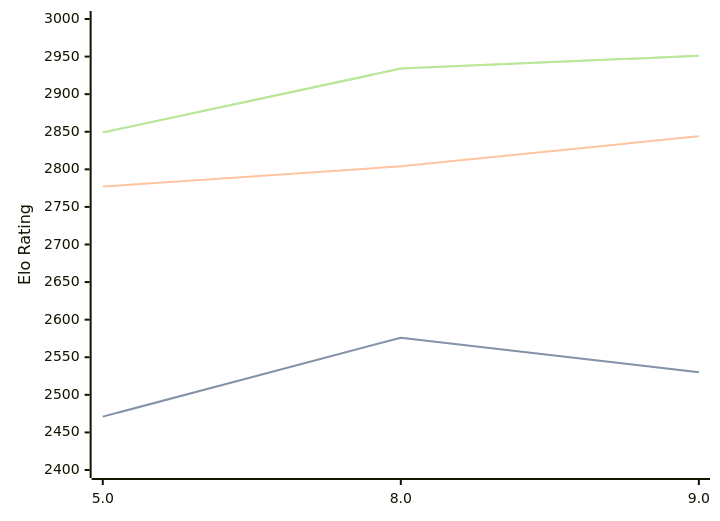
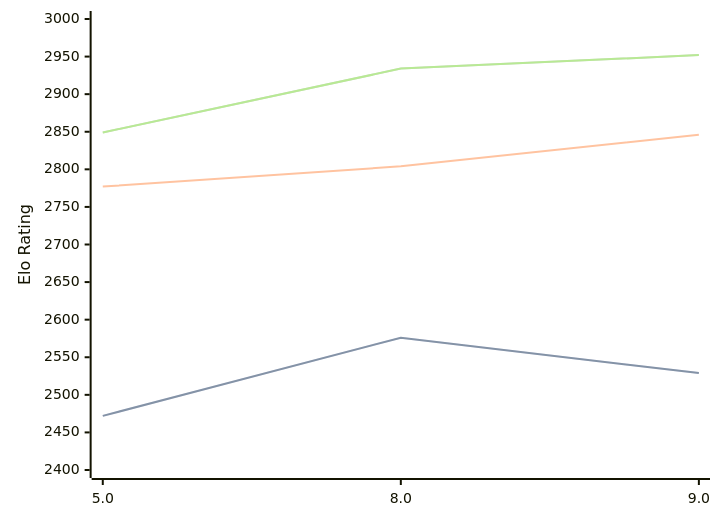
One commit to computer-chess-index/cci changed the diagram in engines/4kc.md. Above: the diagram before and after it, drawn with Mermaid. The commit also changed other lines of this file, not shown here.

Commit message:
Update CCI Ratings (ELO VLTC) - 2026-08-05

````diff
--- a/engines/4kc.md
+++ b/engines/4kc.md
@@ -42,11 +42,11 @@
 ```mermaid
 %%{init: {"theme":"base","themeVariables":{"seriesColors:['#a3a3a3','#222221','#faa371']}}}%%
 xychart-beta
   x-axis ["5.0", "8.0", "9.0"]
   y-axis "Elo Rating" 2400 --> 3000
-  line "STC (8.0+0.08s)" [2471, 2576, 2530]
-  line "STC (8.0+0.08s)" [2471, 2576, 2530]
-  line "LTC (60.0+0.60s)" [2777, 2804, 2844]
-  line "VLTC (2m24s+1.12s)" [2849, 2934, 2951]
-  line "VLTC (2m24s+1.12s)" [2849, 2934, 2951]
+  line "STC (8.0+0.08s)" [2472, 2576, 2529]
+  line "STC (8.0+0.08s)" [2472, 2576, 2529]
+  line "LTC (60.0+0.60s)" [2777, 2804, 2846]
+  line "VLTC (2m24s+1.12s)" [2849, 2934, 2952]
+  line "VLTC (2m24s+1.12s)" [2849, 2934, 2952]
 ```
````
